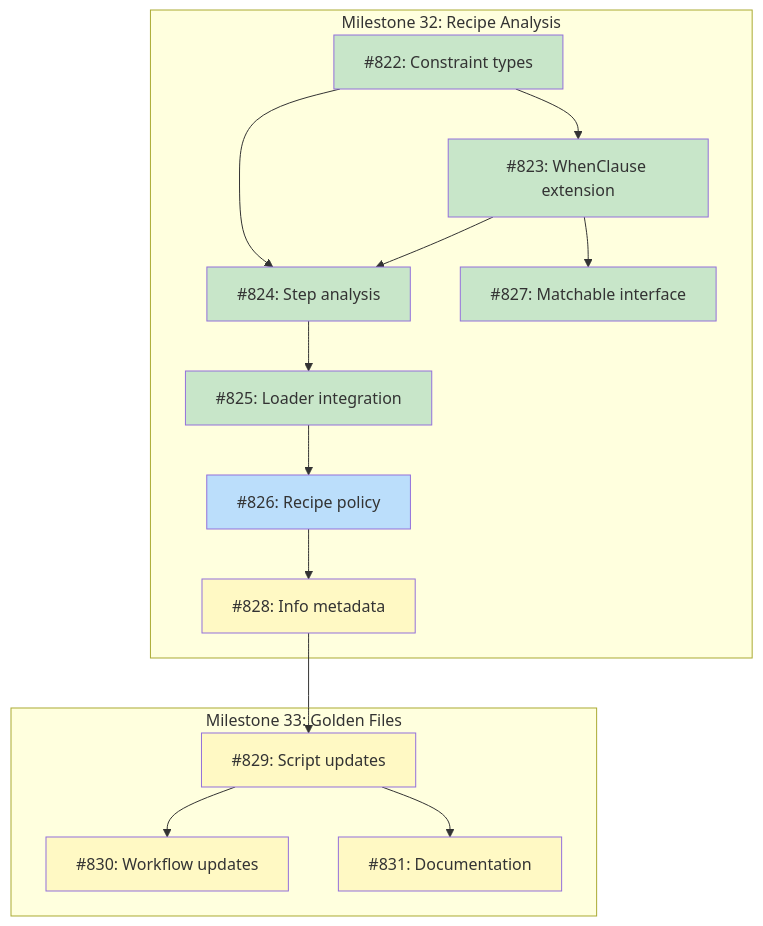
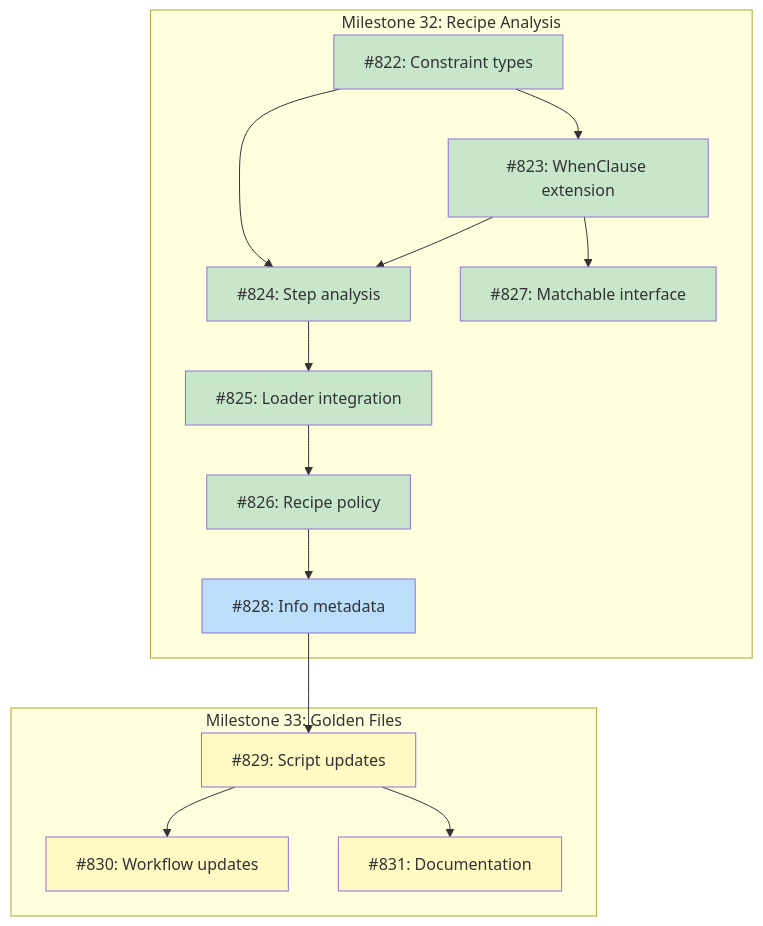
One commit to tsukumogami/tsuku changed the diagram in docs/DESIGN-golden-family-support.md. Above: the diagram before and after it, drawn with Mermaid. The commit also changed 2 other files, not shown here.

Commit message:
feat(recipe): add recipe family policy analysis (#837)
Add recipe-level analysis that aggregates step constraints to determine
the recipe's family policy and supported platforms. This is Phase 3 of
the golden family support design.

- RecipeFamilyPolicy enum with 5 policy values (FamilyNone,
FamilyAgnostic, FamilyVarying, FamilySpecific, FamilyMixed)
- RecipeAnalysis struct aggregating step-level analysis into
recipe-level policy
- AnalyzeRecipe() iterates steps to compute policy and OS support
- SupportedPlatforms() converts policy to concrete platform list
- AllLinuxFamilies constant for platform expansion
- Comprehensive test coverage for all policy types and edge cases

````diff
--- a/docs/DESIGN-golden-family-support.md
+++ b/docs/DESIGN-golden-family-support.md
@@ -31,38 +31,38 @@
 ```mermaid
 graph TD
     subgraph M32["Milestone 32: Recipe Analysis"]
         I822["#822: Constraint types"]
         I823["#823: WhenClause extension"]
         I824["#824: Step analysis"]
         I825["#825: Loader integration"]
         I826["#826: Recipe policy"]
         I827["#827: Matchable interface"]
         I828["#828: Info metadata"]
     end
 
     subgraph M33["Milestone 33: Golden Files"]
         I829["#829: Script updates"]
         I830["#830: Workflow updates"]
         I831["#831: Documentation"]
     end
 
     I822 --> I823
     I822 --> I824
     I823 --> I824
     I823 --> I827
     I824 --> I825
     I825 --> I826
     I826 --> I828
     I828 --> I829
     I829 --> I830
     I829 --> I831
 
     classDef done fill:#c8e6c9
     classDef ready fill:#bbdefb
     classDef blocked fill:#fff9c4
     classDef needsDesign fill:#e1bee7
 
-    class I822,I823,I824,I825,I827 done
-    class I826 ready
-    class I828,I829,I830,I831 blocked
+    class I822,I823,I824,I825,I826,I827 done
+    class I828 ready
+    class I829,I830,I831 blocked
 ```
````
